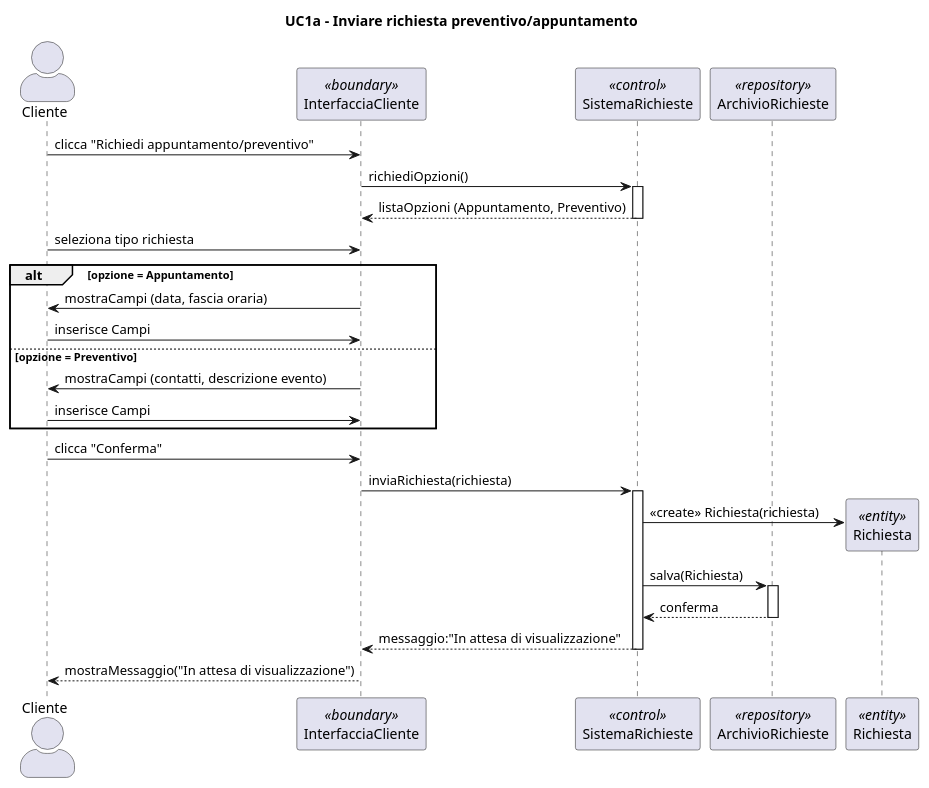
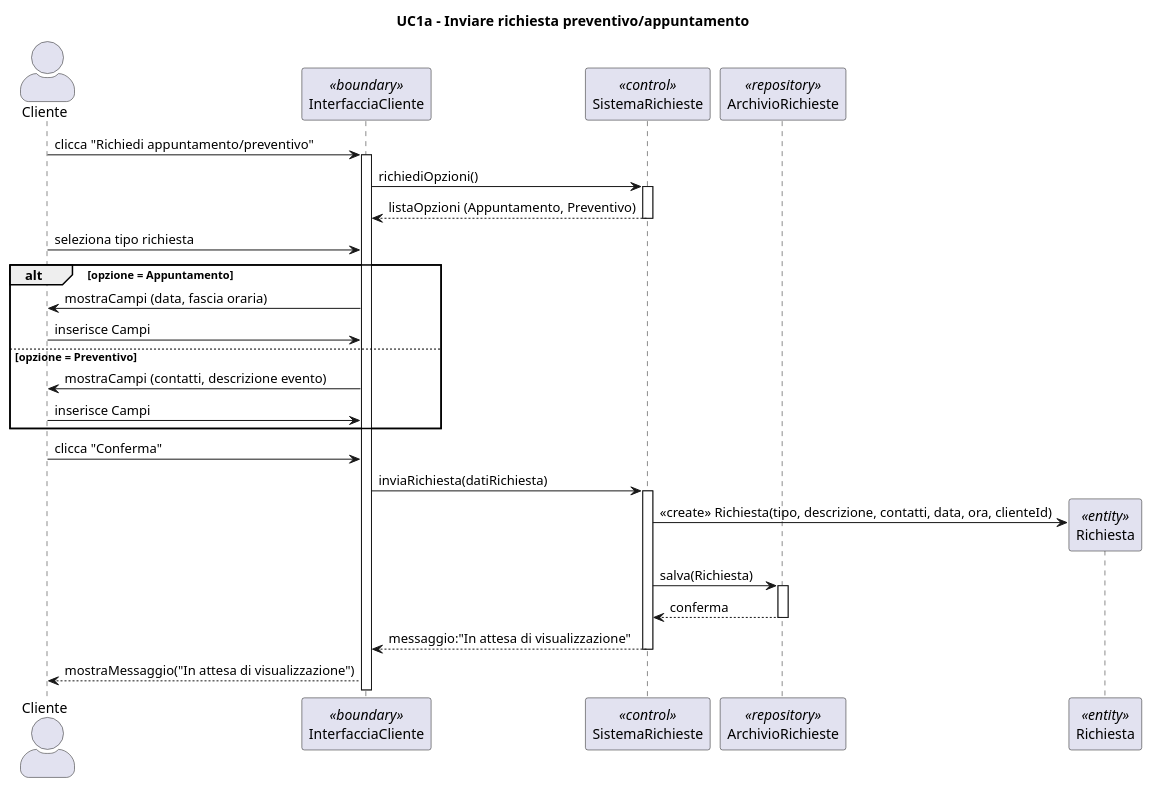
One commit to Samepsilon/FloWare changed the diagram in diagrammiUML/diagrammi di sequenza/UC1a_Inviare_Richiesta_Preventivo_Appuntamento.puml. Above: the diagram before and after it, drawn with PlantUML. The commit also changed 19 other files, not shown here.

Commit message:
fine diagrammi di sequenza

```diff
--- a/diagrammiUML/diagrammi di sequenza/UC1a_Inviare_Richiesta_Preventivo_Appuntamento.puml
+++ b/diagrammiUML/diagrammi di sequenza/UC1a_Inviare_Richiesta_Preventivo_Appuntamento.puml
@@ -1,44 +1,44 @@
 @startuml
 title UC1a - Inviare richiesta preventivo/appuntamento
 skinparam actorStyle awesome
 actor Cliente
 participant "InterfacciaCliente" as UI <<boundary>>
 participant "SistemaRichieste" as S <<control>>
 participant "ArchivioRichieste" as Repo <<repository>>
 participant "Richiesta" as R <<entity>>
 
-
 Cliente -> UI : clicca "Richiedi appuntamento/preventivo"
+activate UI
 UI -> S : richiediOpzioni()
 activate S
 S --> UI : listaOpzioni (Appuntamento, Preventivo)
 deactivate S
 
 Cliente -> UI : seleziona tipo richiesta
 
 alt opzione = Appuntamento
     UI -> Cliente : mostraCampi (data, fascia oraria)
     Cliente -> UI : inserisce Campi
 else opzione = Preventivo
     UI -> Cliente : mostraCampi (contatti, descrizione evento)
     Cliente -> UI : inserisce Campi
 end
 
 Cliente -> UI : clicca "Conferma"
-UI -> S : inviaRichiesta(richiesta)
+UI -> S : inviaRichiesta(datiRichiesta)
 activate S
 
 create R
-S -> R : <<create>> Richiesta(richiesta)
+S -> R : <<create>> Richiesta(tipo, descrizione, contatti, data, ora, clienteId)
 
 S -> Repo : salva(Richiesta)
 activate Repo
 Repo --> S : conferma
 deactivate Repo
 
 S --> UI : messaggio:"In attesa di visualizzazione"
 deactivate S
 
 UI --> Cliente : mostraMessaggio("In attesa di visualizzazione")
 
 @enduml
```
